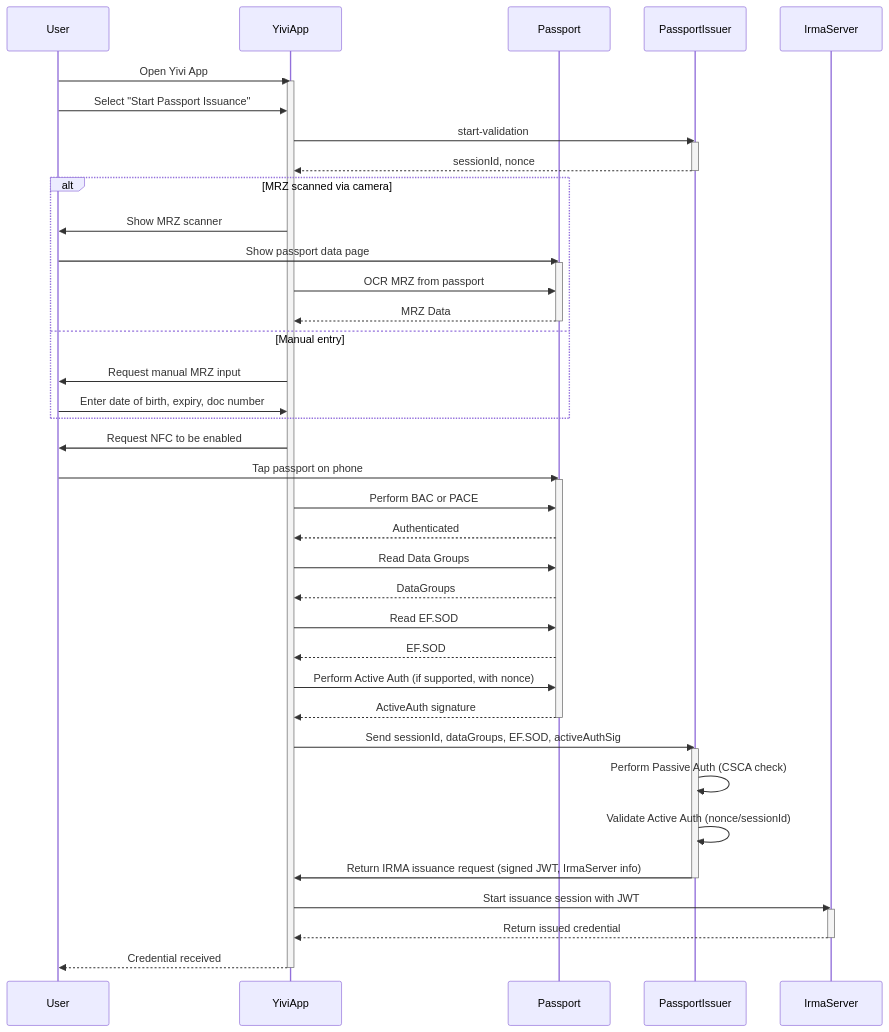
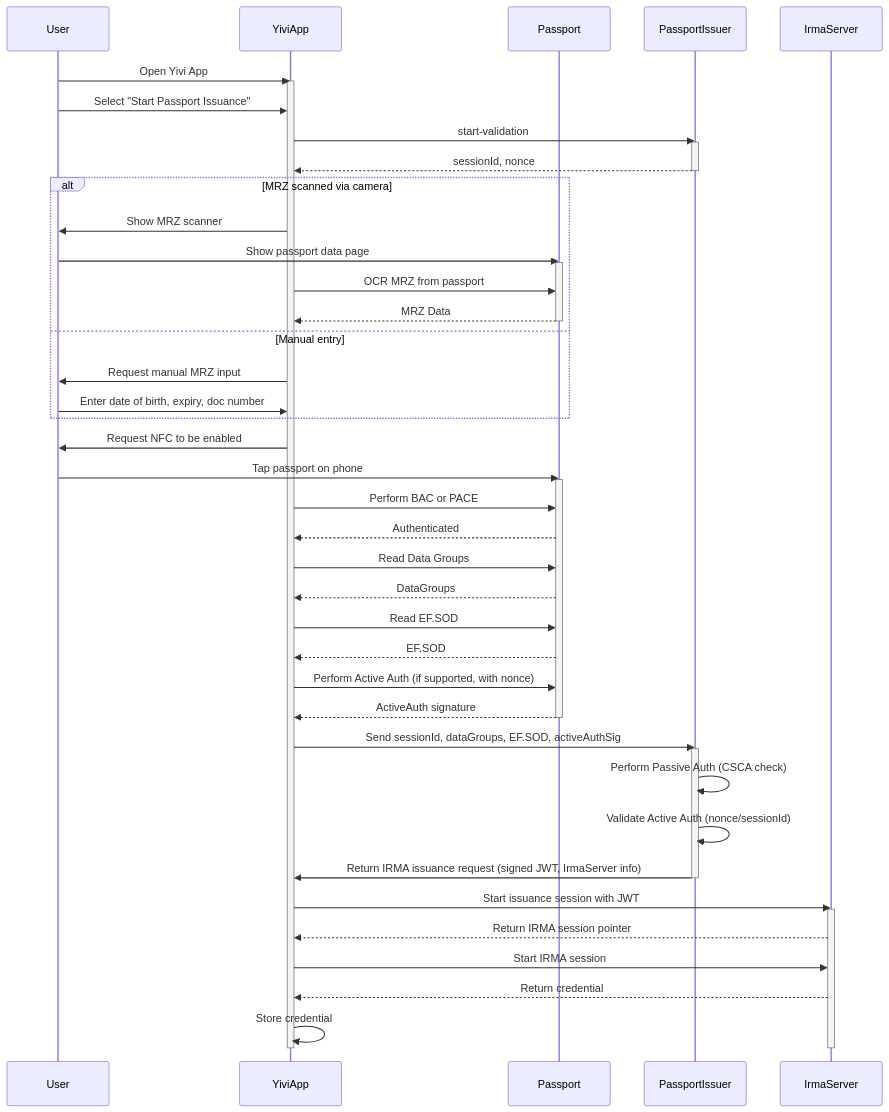
One commit to privacybydesign/vcmrtd changed the second of 2 diagrams in dmrtd-docs/docs/library/flow.md. Above: the diagram before and after it, drawn with Mermaid. The commit also changed other lines of this file, not shown here.

Commit message:
Fixed the flows

````diff
--- a/dmrtd-docs/docs/library/flow.md
+++ b/dmrtd-docs/docs/library/flow.md
@@ -3,60 +89,60 @@
 ```mermaid
 sequenceDiagram
     participant User
     participant YiviApp
     participant Passport
     participant PassportIssuer
     participant IrmaServer
 
     User->>YiviApp: Open Yivi App
     activate YiviApp
     User->>YiviApp: Select "Start Passport Issuance"
     YiviApp->>PassportIssuer: start-validation
     activate PassportIssuer
     PassportIssuer-->>YiviApp: sessionId, nonce
     deactivate PassportIssuer
 
     alt MRZ scanned via camera
         YiviApp->>User: Show MRZ scanner
         User->>Passport: Show passport data page
         activate Passport
         YiviApp->>Passport: OCR MRZ from passport
         Passport-->>YiviApp: MRZ Data
         deactivate Passport
     else Manual entry
         YiviApp->>User: Request manual MRZ input
         User->>YiviApp: Enter date of birth, expiry, doc number
     end
 
     YiviApp->>User: Request NFC to be enabled
     User->>Passport: Tap passport on phone
     activate Passport
 
     YiviApp->>Passport: Perform BAC or PACE
     Passport-->>YiviApp: Authenticated
     YiviApp->>Passport: Read Data Groups
     Passport-->>YiviApp: DataGroups
     YiviApp->>Passport: Read EF.SOD
     Passport-->>YiviApp: EF.SOD
     YiviApp->>Passport: Perform Active Auth (if supported, with nonce)
     Passport-->>YiviApp: ActiveAuth signature
     deactivate Passport
 
     YiviApp->>PassportIssuer: Send sessionId, dataGroups, EF.SOD, activeAuthSig
     activate PassportIssuer
     PassportIssuer->>PassportIssuer: Perform Passive Auth (CSCA check)
     PassportIssuer->>PassportIssuer: Validate Active Auth (nonce/sessionId)
 
     PassportIssuer->>YiviApp: Return IRMA issuance request (signed JWT, IrmaServer info)
     deactivate PassportIssuer
 
     YiviApp->>IrmaServer: Start issuance session with JWT
     activate IrmaServer
-    IrmaServer-->>YiviApp: Return issued credential
+    IrmaServer-->>YiviApp: Return IRMA session pointer
+    YiviApp->>IrmaServer: Start IRMA session
+    IrmaServer-->>YiviApp: Return credential
+    YiviApp->>YiviApp: Store credential
     deactivate IrmaServer
 
-    YiviApp-->>User: Credential received
     deactivate YiviApp
-
-
 ```
````
